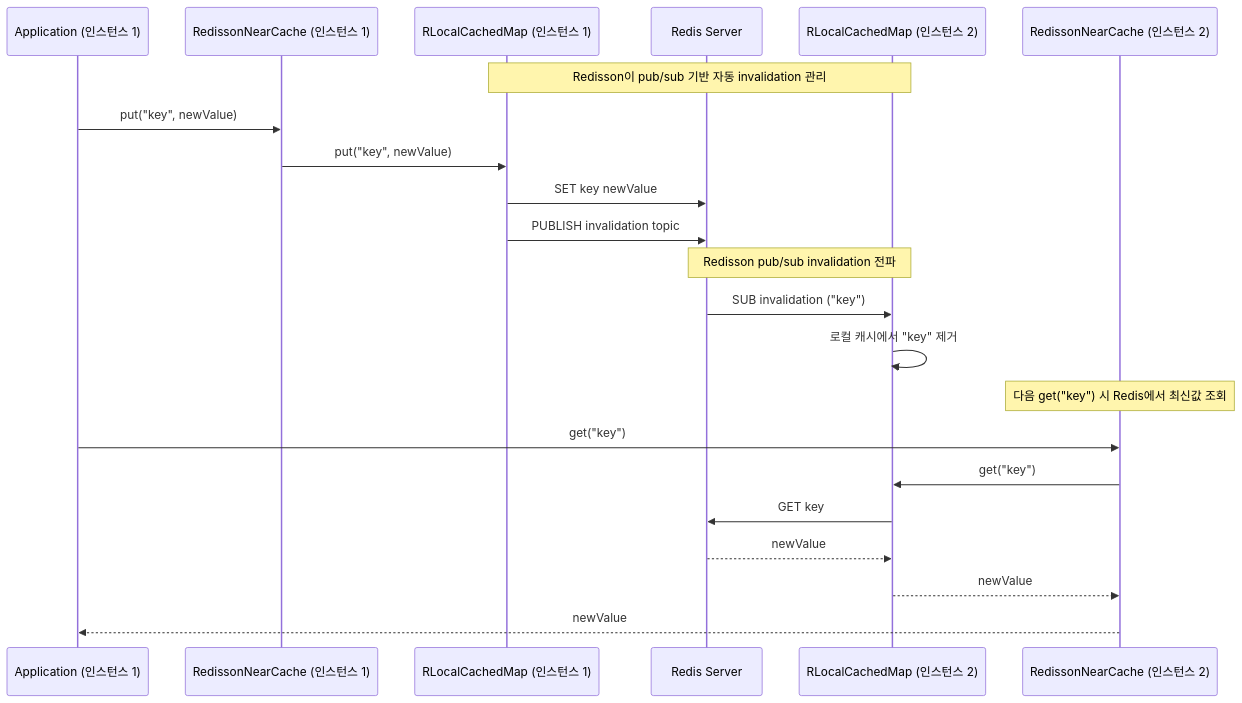
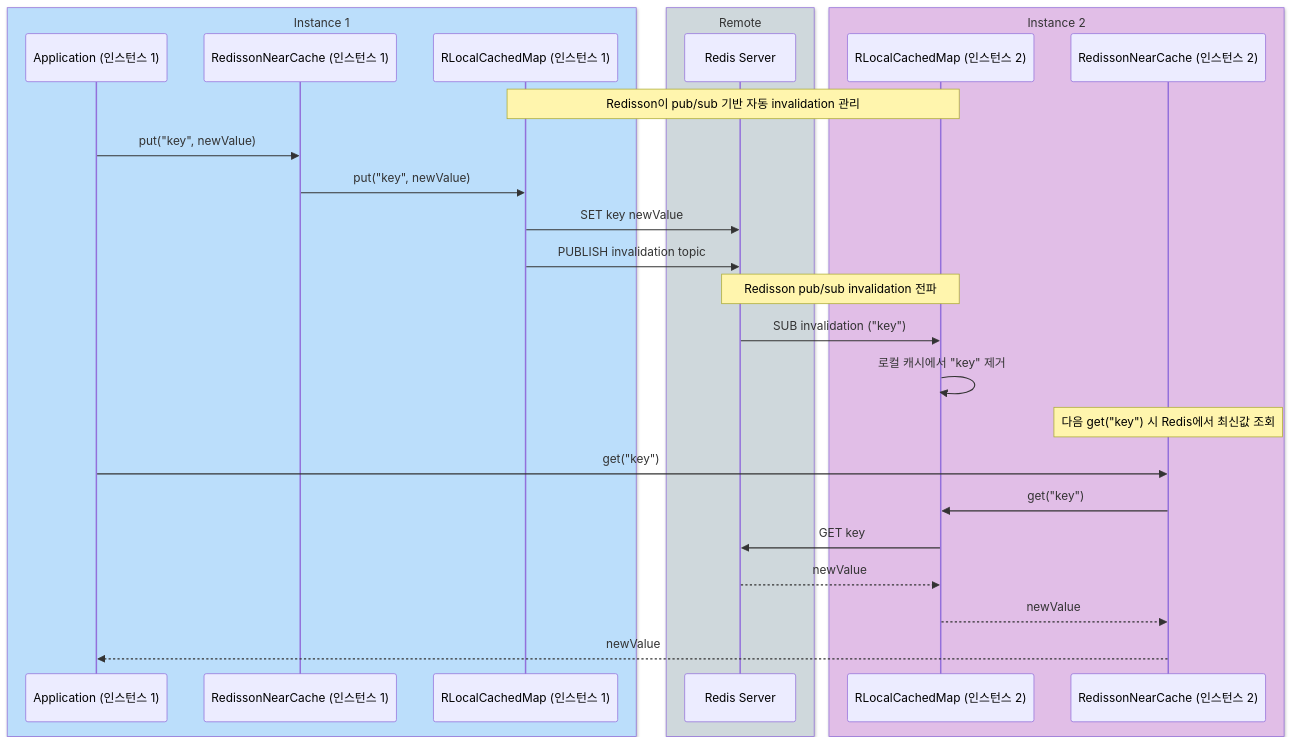
One commit to bluetape4k/bluetape4k-projects changed the second of 3 diagrams in infra/cache-redisson/README.ko.md. Above: the diagram before and after it, drawn with Mermaid. The commit also changed other lines of this file and 221 other files, not shown here.

First line of the commit message:
docs: 전체 모듈 README UML 다이어그램 보강 및 색상 업그레이드

````diff
--- a/infra/cache-redisson/README.ko.md
+++ b/infra/cache-redisson/README.ko.md
@@ -143,24 +150,30 @@
 ```mermaid
 sequenceDiagram
+    box rgb(187,222,251) Instance 1
     participant App1 as Application (인스턴스 1)
     participant NC1 as RedissonNearCache (인스턴스 1)
     participant LCM1 as RLocalCachedMap (인스턴스 1)
+    end
+    box rgb(207,216,220) Remote
     participant Redis as Redis Server
+    end
+    box rgb(225,190,231) Instance 2
     participant LCM2 as RLocalCachedMap (인스턴스 2)
     participant NC2 as RedissonNearCache (인스턴스 2)
+    end
     Note over LCM1, LCM2: Redisson이 pub/sub 기반 자동 invalidation 관리
     App1 ->> NC1: put("key", newValue)
     NC1 ->> LCM1: put("key", newValue)
     LCM1 ->> Redis: SET key newValue
     LCM1 ->> Redis: PUBLISH invalidation topic
     Note over Redis, LCM2: Redisson pub/sub invalidation 전파
     Redis ->> LCM2: SUB invalidation ("key")
     LCM2 ->> LCM2: 로컬 캐시에서 "key" 제거
     Note over NC2: 다음 get("key") 시 Redis에서 최신값 조회
     App1 ->> NC2: get("key")
     NC2 ->> LCM2: get("key")
     LCM2 ->> Redis: GET key
     Redis -->> LCM2: newValue
     LCM2 -->> NC2: newValue
     NC2 -->> App1: newValue
 ```
````
